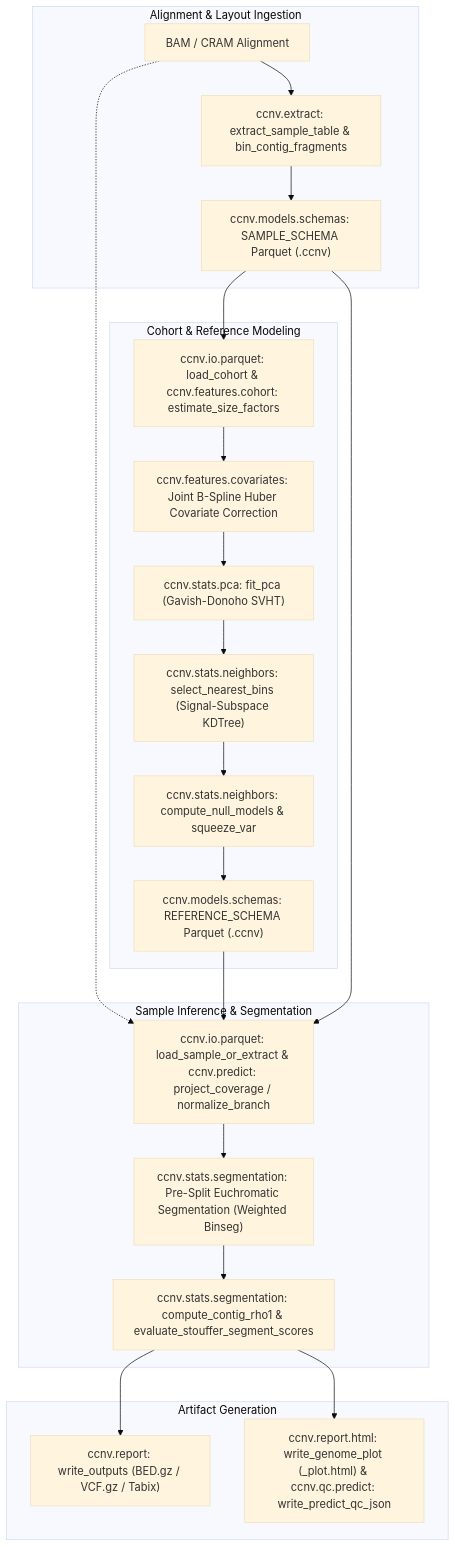
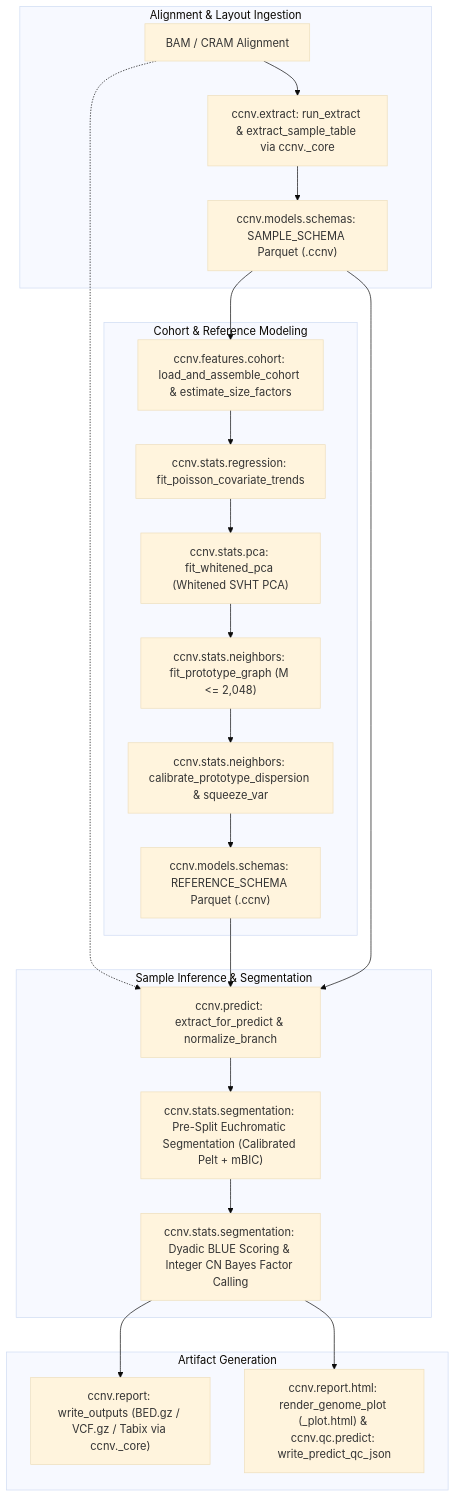
One commit to matthdsm/ccnv changed the diagram in src/ccnv/README.md. Above: the diagram before and after it, drawn with Mermaid (base theme). The commit also changed other lines of this file and 123 other files, not shown here.

First line of the commit message:
feat: upgrade ccnv to Schema v2.0.0 with Rust I/O core and redesigned statistical/prenatal pipeline (#24)

````diff
--- a/src/ccnv/README.md
+++ b/src/ccnv/README.md
@@ -7,26 +7,26 @@
 ```mermaid
 flowchart TD
     subgraph Ingestion["Alignment & Layout Ingestion"]
-        A["BAM / CRAM Alignment"] --> B["ccnv.extract: extract_sample_table & bin_contig_fragments"]
+        A["BAM / CRAM Alignment"] --> B["ccnv.extract: run_extract & extract_sample_table via ccnv._core"]
         B --> C["ccnv.models.schemas: SAMPLE_SCHEMA Parquet (.ccnv)"]
     end
     subgraph ReferenceModeling["Cohort & Reference Modeling"]
-        C --> D["ccnv.io.parquet: load_cohort & ccnv.features.cohort: estimate_size_factors"]
-        D --> E["ccnv.features.covariates: Joint B-Spline Huber Covariate Correction"]
-        E --> F["ccnv.stats.pca: fit_pca (Gavish-Donoho SVHT)"]
-        F --> G["ccnv.stats.neighbors: select_nearest_bins (Signal-Subspace KDTree)"]
-        G --> H["ccnv.stats.neighbors: compute_null_models & squeeze_var"]
+        C --> D["ccnv.features.cohort: load_and_assemble_cohort & estimate_size_factors"]
+        D --> E["ccnv.stats.regression: fit_poisson_covariate_trends"]
+        E --> F["ccnv.stats.pca: fit_whitened_pca (Whitened SVHT PCA)"]
+        F --> G["ccnv.stats.neighbors: fit_prototype_graph (M <= 2,048)"]
+        G --> H["ccnv.stats.neighbors: calibrate_prototype_dispersion & squeeze_var"]
         H --> I["ccnv.models.schemas: REFERENCE_SCHEMA Parquet (.ccnv)"]
     end
     subgraph Inference["Sample Inference & Segmentation"]
-        A -.-> J["ccnv.io.parquet: load_sample_or_extract & ccnv.predict: project_coverage / normalize_branch"]
+        A -.-> J["ccnv.predict: extract_for_predict & normalize_branch"]
         I --> J
         C --> J
-        J --> K["ccnv.stats.segmentation: Pre-Split Euchromatic Segmentation (Weighted Binseg)"]
-        K --> L["ccnv.stats.segmentation: compute_contig_rho1 & evaluate_stouffer_segment_scores"]
+        J --> K["ccnv.stats.segmentation: Pre-Split Euchromatic Segmentation (Calibrated Pelt + mBIC)"]
+        K --> L["ccnv.stats.segmentation: Dyadic BLUE Scoring & Integer CN Bayes Factor Calling"]
     end
     subgraph Reporting["Artifact Generation"]
-        L --> M["ccnv.report: write_outputs (BED.gz / VCF.gz / Tabix)"]
-        L --> N["ccnv.report.html: write_genome_plot (_plot.html) & ccnv.qc.predict: write_predict_qc_json"]
+        L --> M["ccnv.report: write_outputs (BED.gz / VCF.gz / Tabix via ccnv._core)"]
+        L --> N["ccnv.report.html: render_genome_plot (_plot.html) & ccnv.qc.predict: write_predict_qc_json"]
     end
 ```
````
